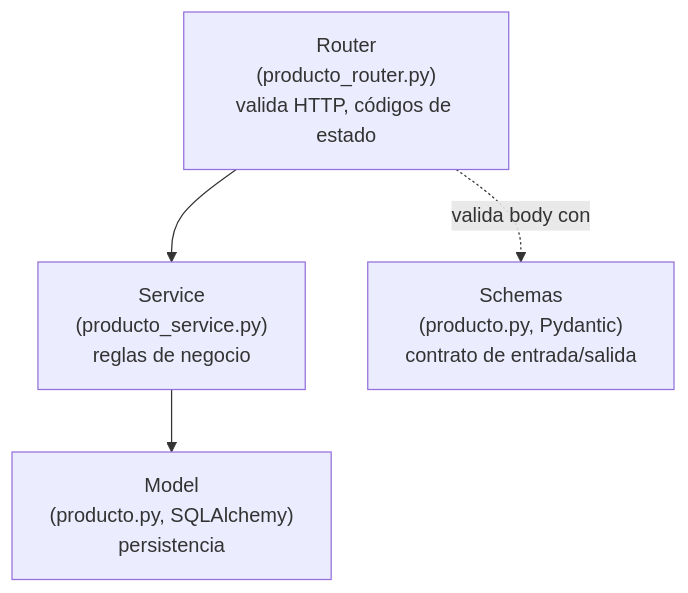
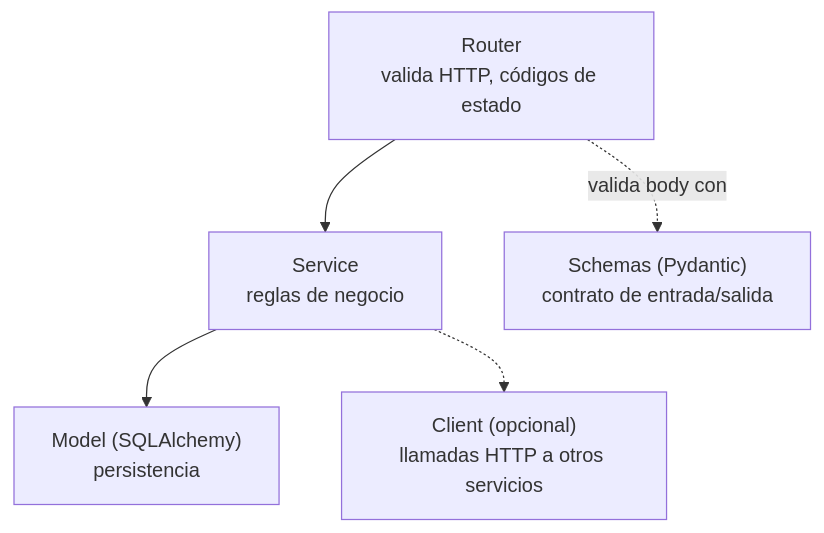
One commit to sebasado77062/Gestor_de_stock_jugueteria changed the second of 5 diagrams in docs/ARQUITECTURA.md. Above: the diagram before and after it, drawn with Mermaid. The commit also changed other lines of this file and 4 other files, not shown here.

````diff
--- a/docs/ARQUITECTURA.md
+++ b/docs/ARQUITECTURA.md
@@ -32,11 +65,13 @@
 ```mermaid
 flowchart TB
-    Router["Router<br/>(producto_router.py)<br/>valida HTTP, códigos de estado"]
-    Service["Service<br/>(producto_service.py)<br/>reglas de negocio"]
-    Model["Model<br/>(producto.py, SQLAlchemy)<br/>persistencia"]
-    Schema["Schemas<br/>(producto.py, Pydantic)<br/>contrato de entrada/salida"]
+    Router["Router<br/>valida HTTP, códigos de estado"]
+    Service["Service<br/>reglas de negocio"]
+    Model["Model (SQLAlchemy)<br/>persistencia"]
+    Schema["Schemas (Pydantic)<br/>contrato de entrada/salida"]
+    Client["Client (opcional)<br/>llamadas HTTP a otros servicios"]
 
     Router --> Service
     Service --> Model
+    Service -.-> Client
     Router -.valida body con.-> Schema
 ```
````
